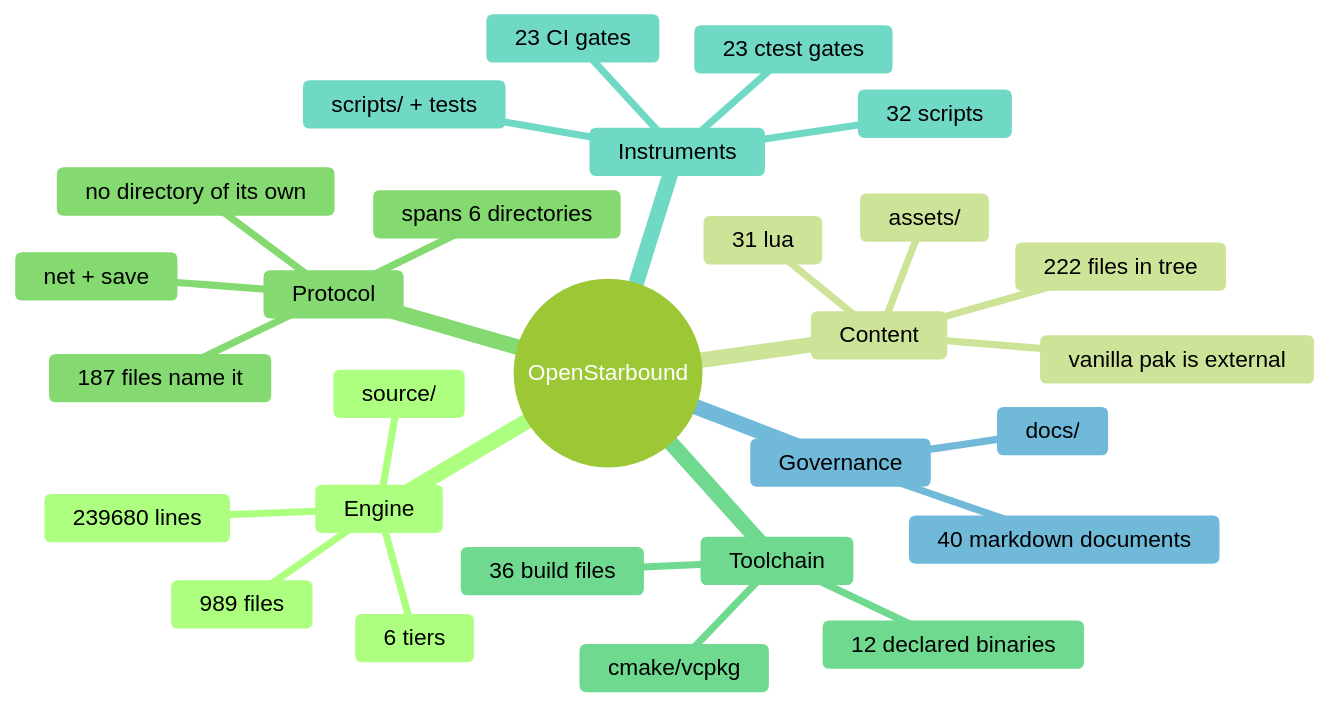
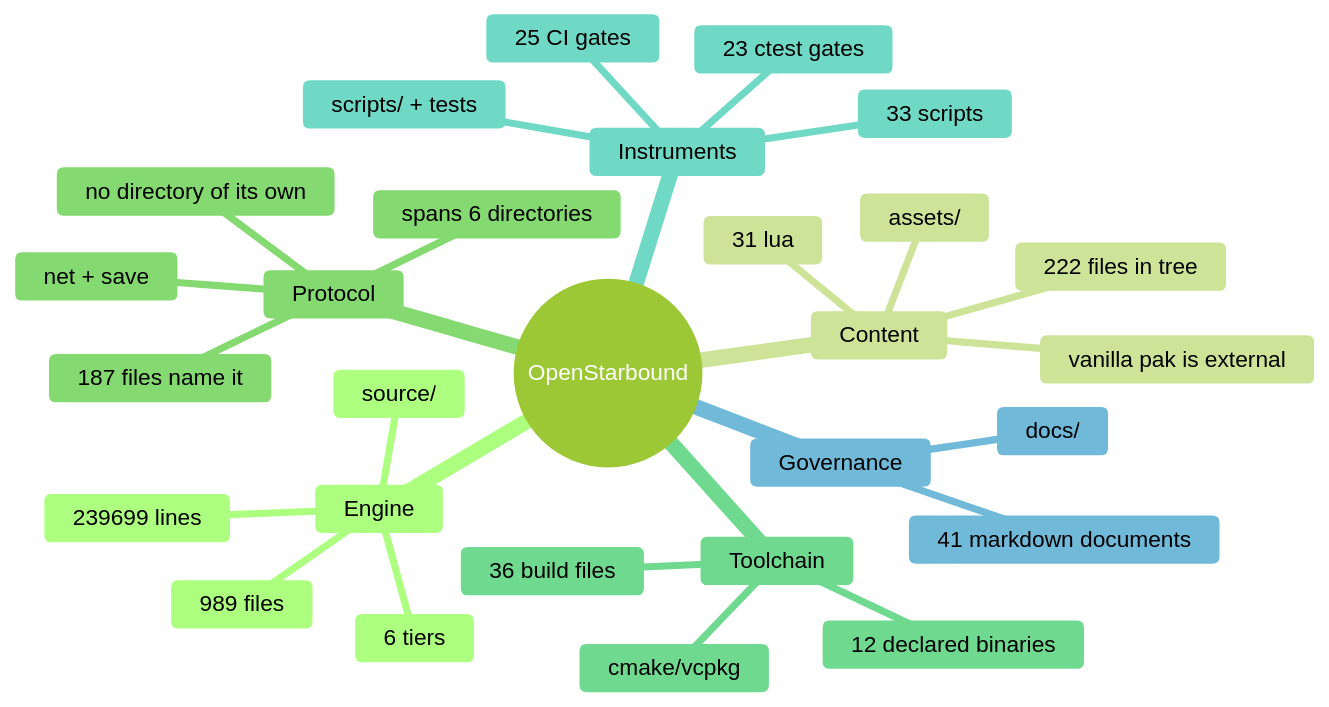
One commit to apnex/OpenStarbound changed the second of 11 diagrams in docs/architecture/system-boundaries.md. Above: the diagram before and after it, drawn with Mermaid (forest theme). The commit also changed other lines of this file and 11 other files, not shown here.

````diff
--- a/docs/architecture/system-boundaries.md
+++ b/docs/architecture/system-boundaries.md
@@ -166,31 +166,31 @@
 ```mermaid
 mindmap
   root((OpenStarbound))
     Engine
       source/
       989 files
-      239680 lines
+      239699 lines
       6 tiers
     Content
       assets/
       222 files in tree
       31 lua
       vanilla pak is external
     Protocol
       net + save
       187 files name it
       spans 6 directories
       no directory of its own
     Toolchain
       cmake/vcpkg
       36 build files
       12 declared binaries
     Instruments
       scripts/ + tests
-      32 scripts
+      33 scripts
       23 ctest gates
-      23 CI gates
+      25 CI gates
     Governance
       docs/
-      40 markdown documents
+      41 markdown documents
 ```
````
